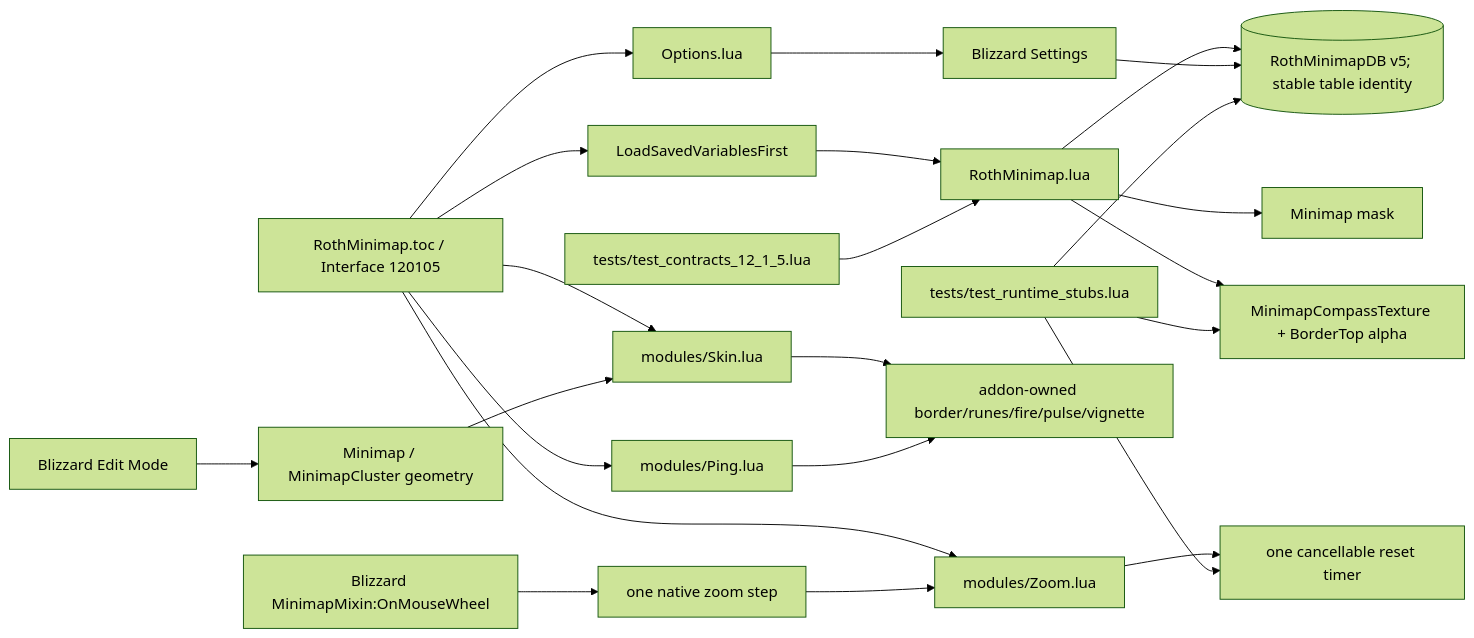
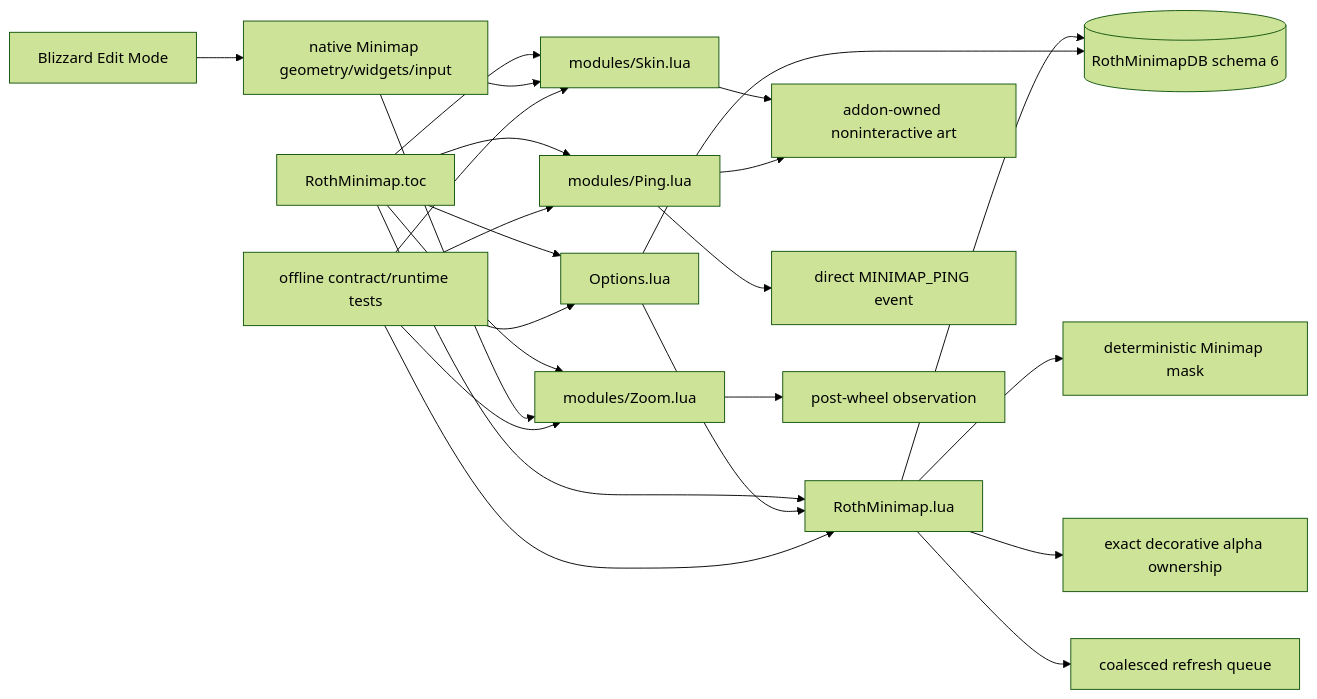
The diagram in CODE_GRAPH.md (UnknownAlienHuman/roth-minimap), drawn with Mermaid (forest theme) before and after one commit. The commit also changed other lines of this file and 14 other files, not shown here.

````diff
--- a/CODE_GRAPH.md
+++ b/CODE_GRAPH.md
@@ -3,29 +3,30 @@
 ```mermaid
 flowchart LR
-  T["RothMinimap.toc / Interface 120105"] --> SV["LoadSavedVariablesFirst"]
-  SV --> C["RothMinimap.lua"]
+  T["RothMinimap.toc"] --> C["RothMinimap.lua"]
   T --> S["modules/Skin.lua"]
   T --> P["modules/Ping.lua"]
   T --> Z["modules/Zoom.lua"]
   T --> O["Options.lua"]
 
-  C --> DB[("RothMinimapDB v5; stable table identity")]
-  O --> SET["Blizzard Settings"]
-  SET --> DB
-  C --> MASK["Minimap mask"]
-  C --> ART["MinimapCompassTexture + BorderTop alpha"]
+  C --> DB[("RothMinimapDB schema 6")]
+  C --> MASK["deterministic Minimap mask"]
+  C --> ART["exact decorative alpha ownership"]
+  C --> Q["coalesced refresh queue"]
 
-  E["Blizzard Edit Mode"] --> M["Minimap / MinimapCluster geometry"]
-  M --> S
-  S --> OWN["addon-owned border/runes/fire/pulse/vignette"]
+  E["Blizzard Edit Mode"] --> N["native Minimap geometry/widgets/input"]
+  N --> S
+  N --> Z
+
+  S --> OWN["addon-owned noninteractive art"]
   P --> OWN
+  P --> MP["direct MINIMAP_PING event"]
+  Z --> W["post-wheel observation"]
+  O --> DB
+  O --> C
 
-  W["Blizzard MinimapMixin:OnMouseWheel"] --> STEP["one native zoom step"]
-  STEP --> Z
-  Z --> RESET["one cancellable reset timer"]
-
-  TS["tests/test_contracts_12_1_5.lua"] --> C
-  TR["tests/test_runtime_stubs.lua"] --> DB
-  TR --> ART
-  TR --> RESET
+  X["offline contract/runtime tests"] --> C
+  X --> S
+  X --> P
+  X --> Z
+  X --> O
 ```
````
